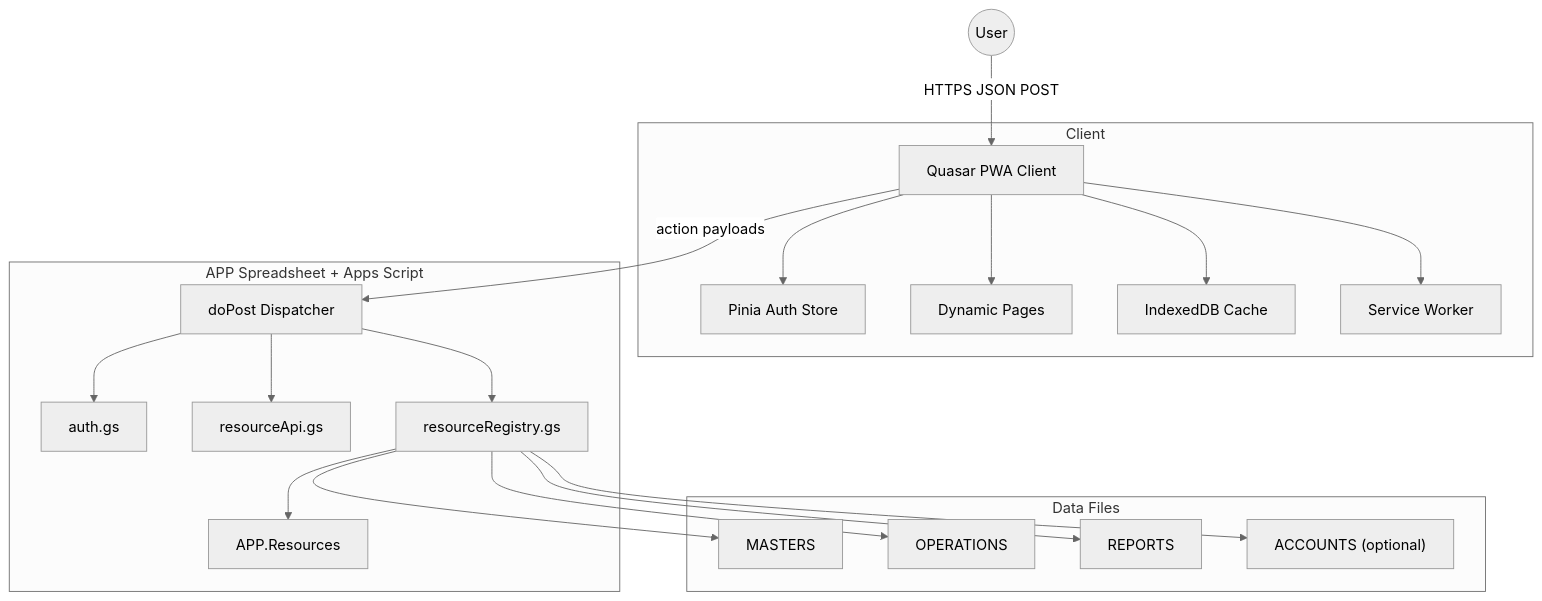
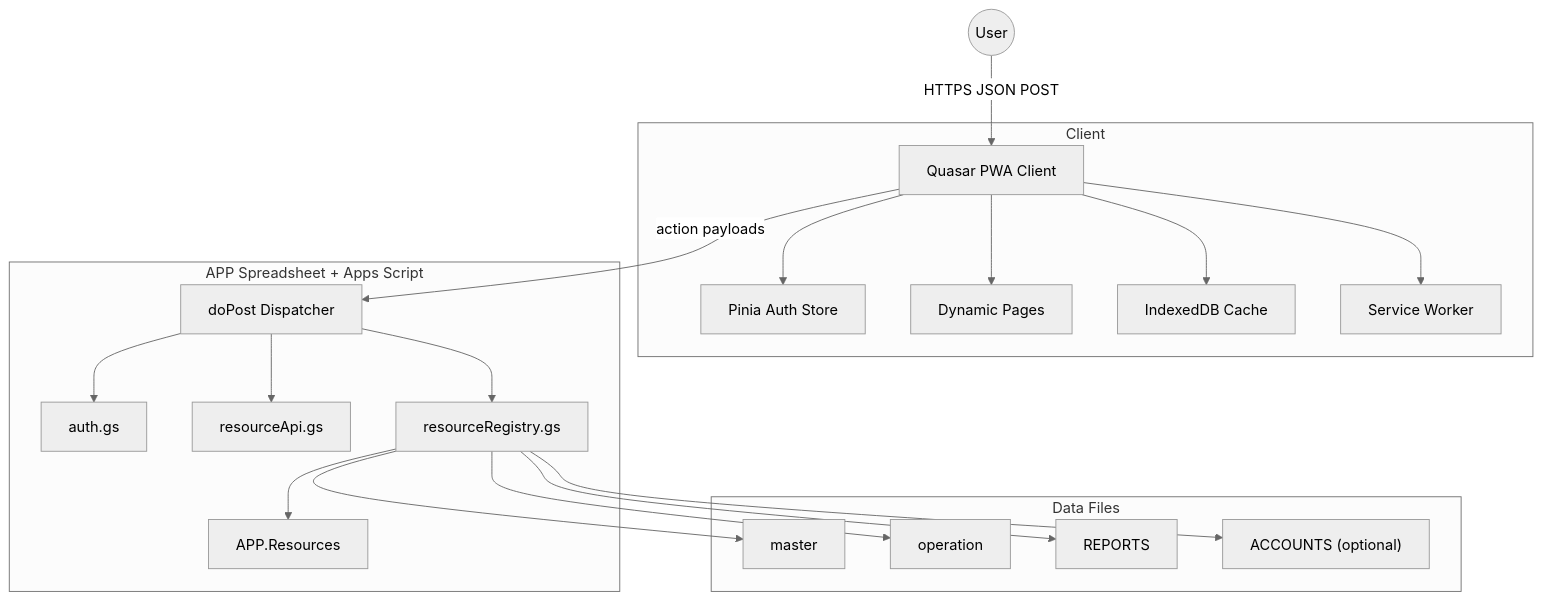
The diagram in Documents/Architecture.md (firumon/little-leap-aql), drawn with Mermaid (neutral theme) before and after one commit. The commit also changed other lines of this file and 192 other files, not shown here.

````diff
--- a/Documents/Architecture.md
+++ b/Documents/Architecture.md
@@ -8,26 +8,26 @@
 ```mermaid
 graph TD
     User((User)) -->|HTTPS JSON POST| PWA["Quasar PWA Client"]
 
     subgraph "Client"
         PWA --> AuthStore["Pinia Auth Store"]
         PWA --> MasterPages["Dynamic Pages"]
         PWA --> IDB["IndexedDB Cache"]
         PWA --> SW["Service Worker"]
     end
 
     subgraph "APP Spreadsheet + Apps Script"
         PWA -->|action payloads| GAS["doPost Dispatcher"]
         GAS --> AUTH["auth.gs"]
         GAS --> RESOURCE_API["resourceApi.gs"]
         GAS --> REGISTRY["resourceRegistry.gs"]
         REGISTRY --> APPRES["APP.Resources"]
     end
 
     subgraph "Data Files"
-        REGISTRY --> MASTERS["MASTERS"]
-        REGISTRY --> OPERATIONS["OPERATIONS"]
+        REGISTRY --> master["master"]
+        REGISTRY --> operation["operation"]
         REGISTRY --> REPORTS["REPORTS"]
         REGISTRY --> ACCOUNTS["ACCOUNTS (optional)"]
     end
 ```
````
